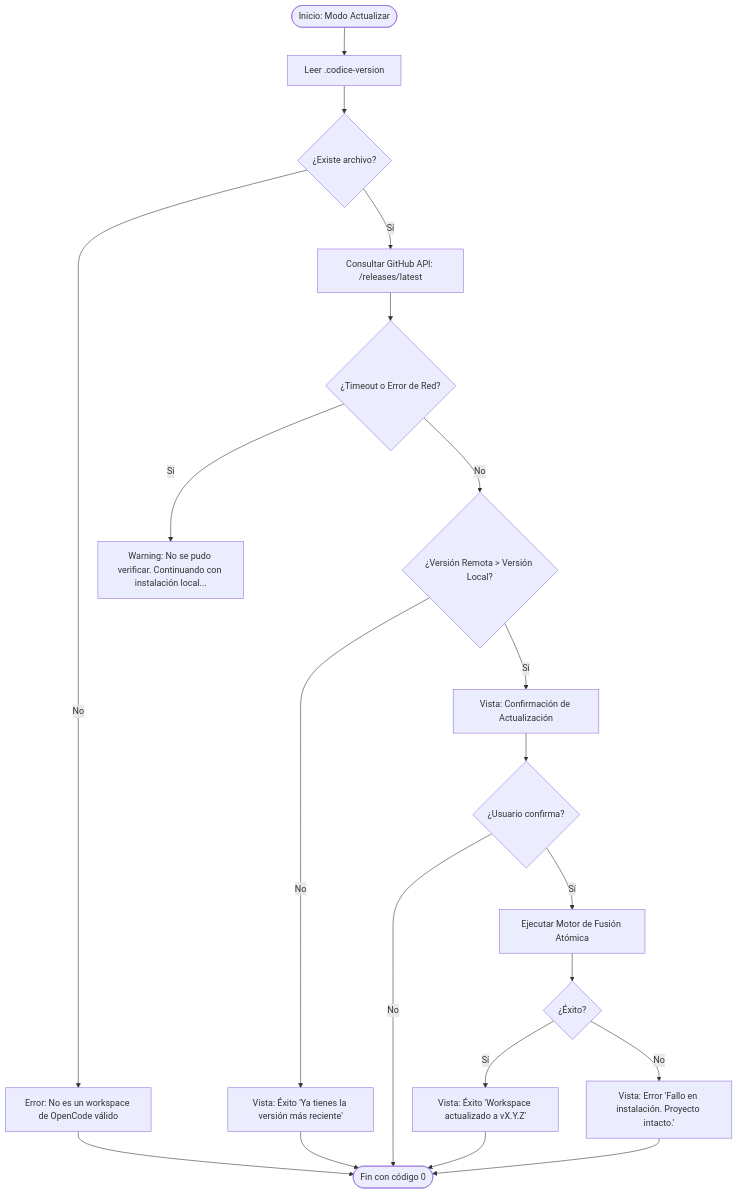
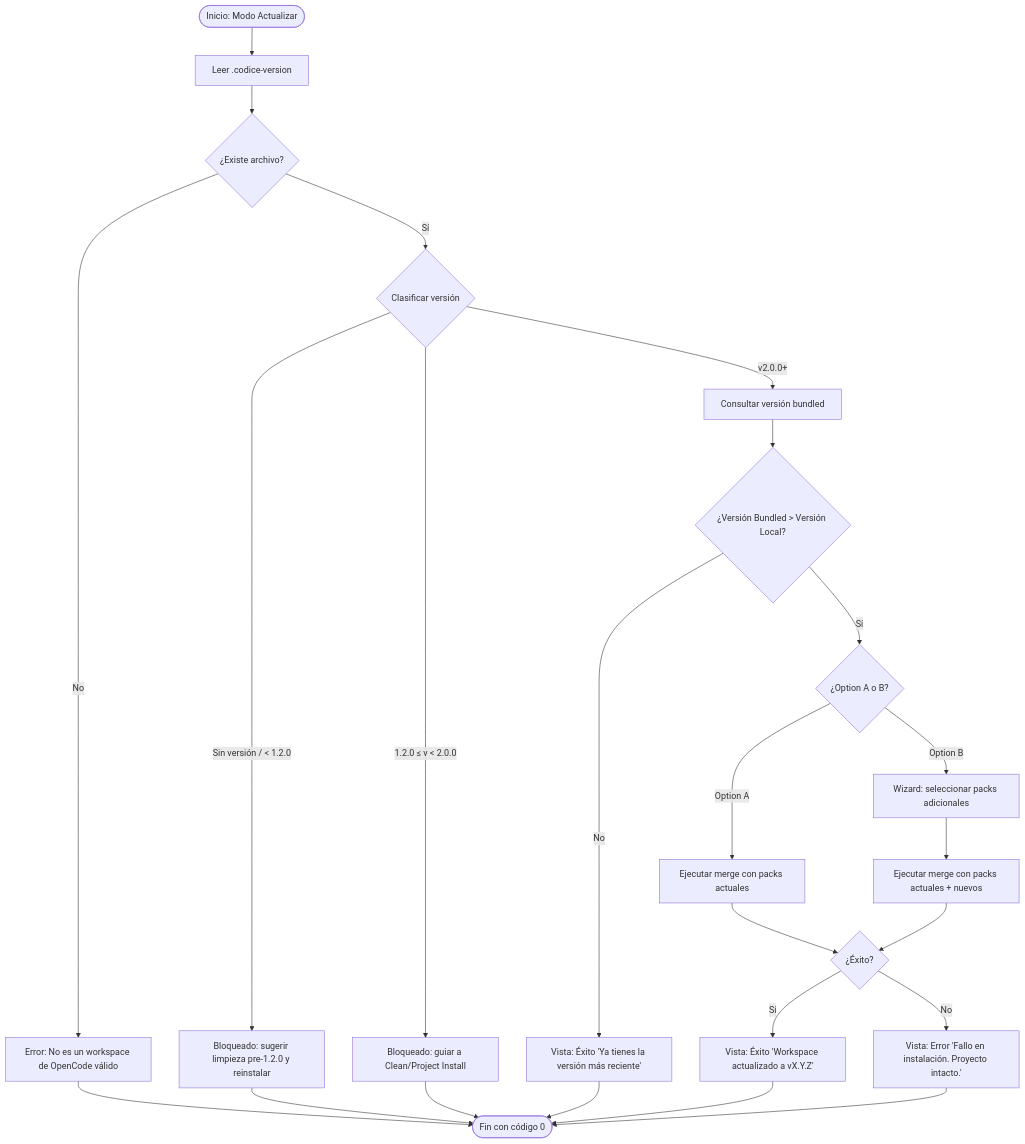
The second of 9 diagrams in docs/APPFLOW.md (Fisherk2/codice-opencode), drawn with Mermaid before and after one commit. The commit also changed other lines of this file and 99 other files, not shown here.

````diff
--- a/docs/APPFLOW.md
+++ b/docs/APPFLOW.md
@@ -27,22 +29,26 @@
 ```mermaid
 graph TD
     A([Inicio: Modo Actualizar]) --> B[Leer .codice-version]
     B --> C{¿Existe archivo?}
     C -- No --> D[Error: No es un workspace de OpenCode válido]
     D --> Z([Fin con código de error 1])
-    C -- Sí --> E[Consultar GitHub API: /releases/latest]
-    E --> F{¿Timeout o Error de Red?}
-    F -- Sí --> G[Warning: No se pudo verificar. Continuando con instalación local...]
-    F -- No --> H{¿Versión Remota > Versión Local?}
+    C -- Sí --> C2{Clasificar versión}
+    C2 -- Sin versión / < 1.2.0 --> C3[Bloqueado: sugerir limpieza pre-1.2.0 y reinstalar]
+    C3 --> Z
+    C2 -- 1.2.0 ≤ v < 2.0.0 --> C4[Bloqueado: guiar a Clean/Project Install]
+    C4 --> Z
+    C2 -- v2.0.0+ --> E[Consultar versión bundled]
+    E --> H{¿Versión Bundled > Versión Local?}
     H -- No --> I[Vista: Éxito 'Ya tienes la versión más reciente']
     I --> Z([Fin con código 0])
-    H -- Sí --> J[Vista: Confirmación de Actualización]
-    J --> K{¿Usuario confirma?}
-    K -- No --> Z
-    K -- Sí --> L[Ejecutar Motor de Fusión Atómica]
-    L --> M{¿Éxito?}
+    H -- Sí --> J2{¿Option A o B?}
+    J2 -- Option A --> JA[Ejecutar merge con packs actuales]
+    J2 -- Option B --> JB[Wizard: seleccionar packs adicionales]
+    JB --> JC[Ejecutar merge con packs actuales + nuevos]
+    JA --> M{¿Éxito?}
+    JC --> M
     M -- Sí --> N[Vista: Éxito 'Workspace actualizado a vX.Y.Z']
     M -- No --> O[Vista: Error 'Fallo en instalación. Proyecto intacto.']
     N --> Z
     O --> Z
 ```
````
